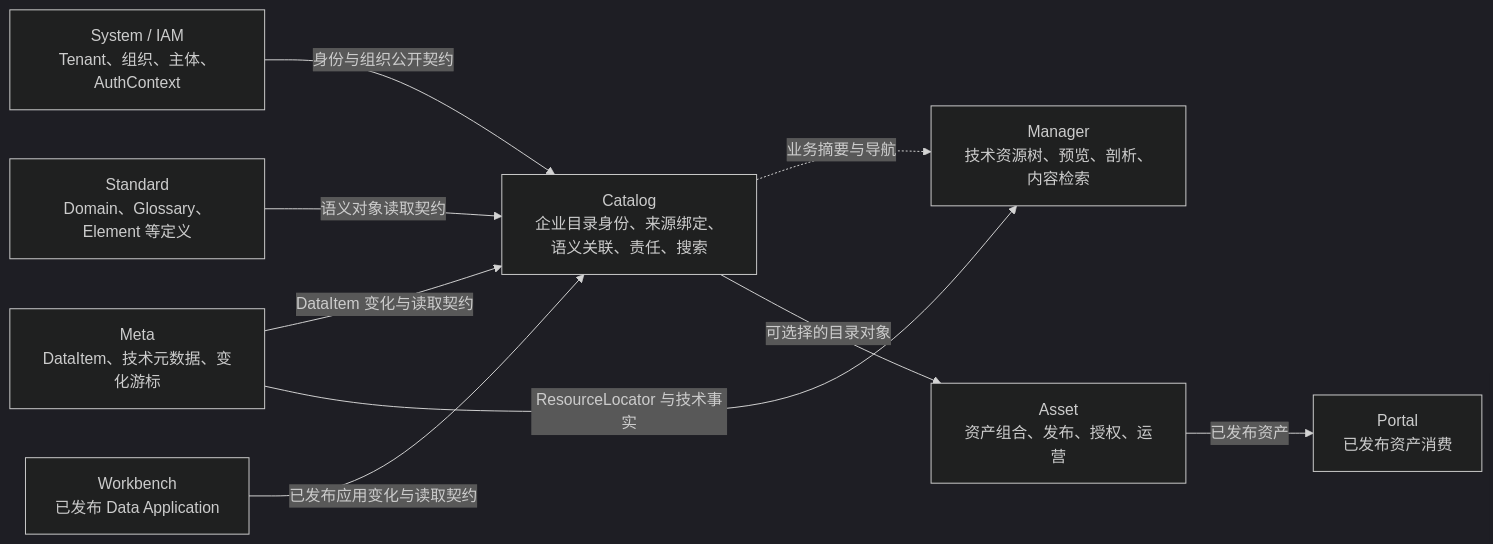
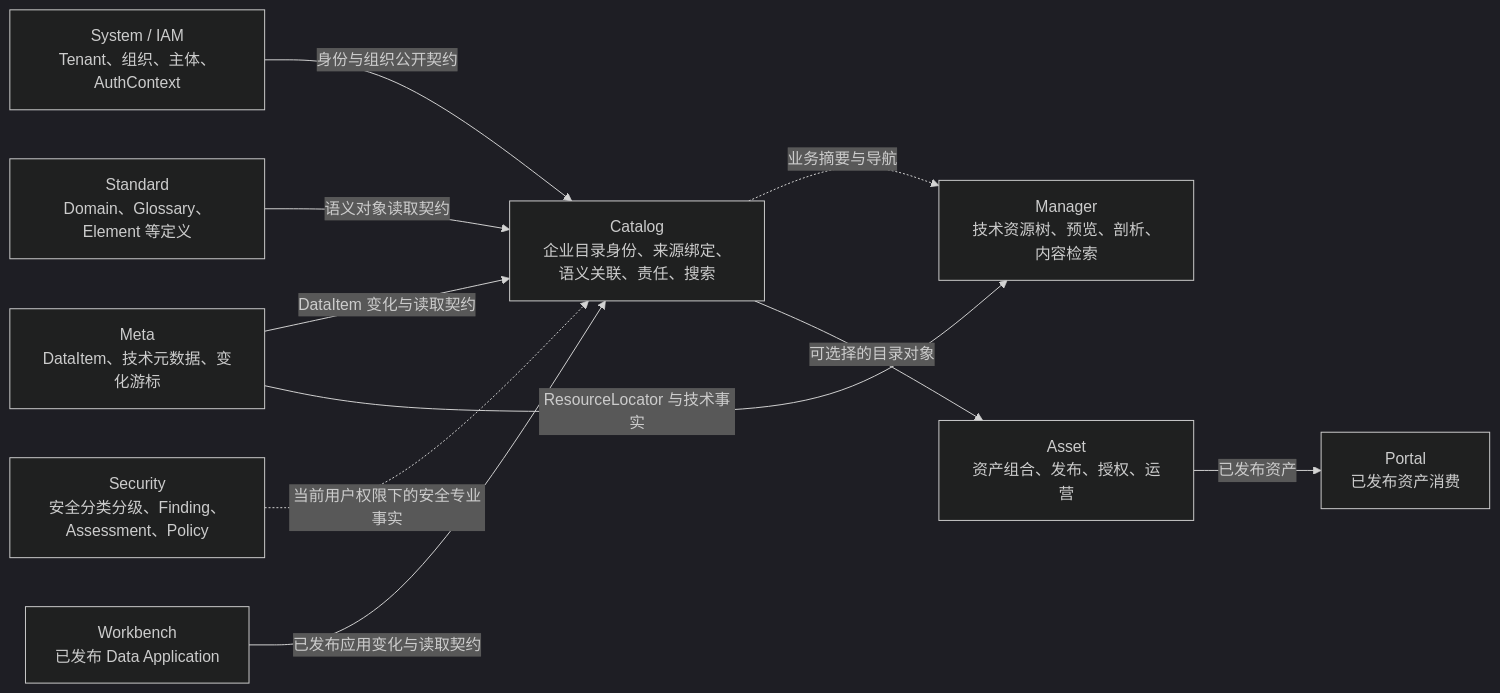
The second of 4 diagrams in docs/concepts/addp企业资源目录体系图.md (pampa0629/addp), drawn with Mermaid (dark theme) before and after one commit. The commit also changed other lines of this file and 718 other files, not shown here.

````diff
--- a/docs/concepts/addp企业资源目录体系图.md
+++ b/docs/concepts/addp企业资源目录体系图.md
@@ -64,20 +64,22 @@
 ```mermaid
 flowchart LR
     System["System / IAM\nTenant、组织、主体、AuthContext"]
     Meta["Meta\nDataItem、技术元数据、变化游标"]
     Standard["Standard\nDomain、Glossary、Element 等定义"]
+    Security["Security\n安全分类分级、Finding、Assessment、Policy"]
     Workbench["Workbench\n已发布 Data Application"]
     Catalog["Catalog\n企业目录身份、来源绑定、语义关联、责任、搜索"]
     Manager["Manager\n技术资源树、预览、剖析、内容检索"]
     Asset["Asset\n资产组合、发布、授权、运营"]
     Portal["Portal\n已发布资产消费"]
 
     System -->|"身份与组织公开契约"| Catalog
     Meta -->|"DataItem 变化与读取契约"| Catalog
     Standard -->|"语义对象读取契约"| Catalog
+    Security -.->|"当前用户权限下的安全专业事实"| Catalog
     Workbench -->|"已发布应用变化与读取契约"| Catalog
     Catalog -.->|"业务摘要与导航"| Manager
     Catalog -->|"可选择的目录对象"| Asset
     Asset -->|"已发布资产"| Portal
     Meta -->|"ResourceLocator 与技术事实"| Manager
 ```
````
